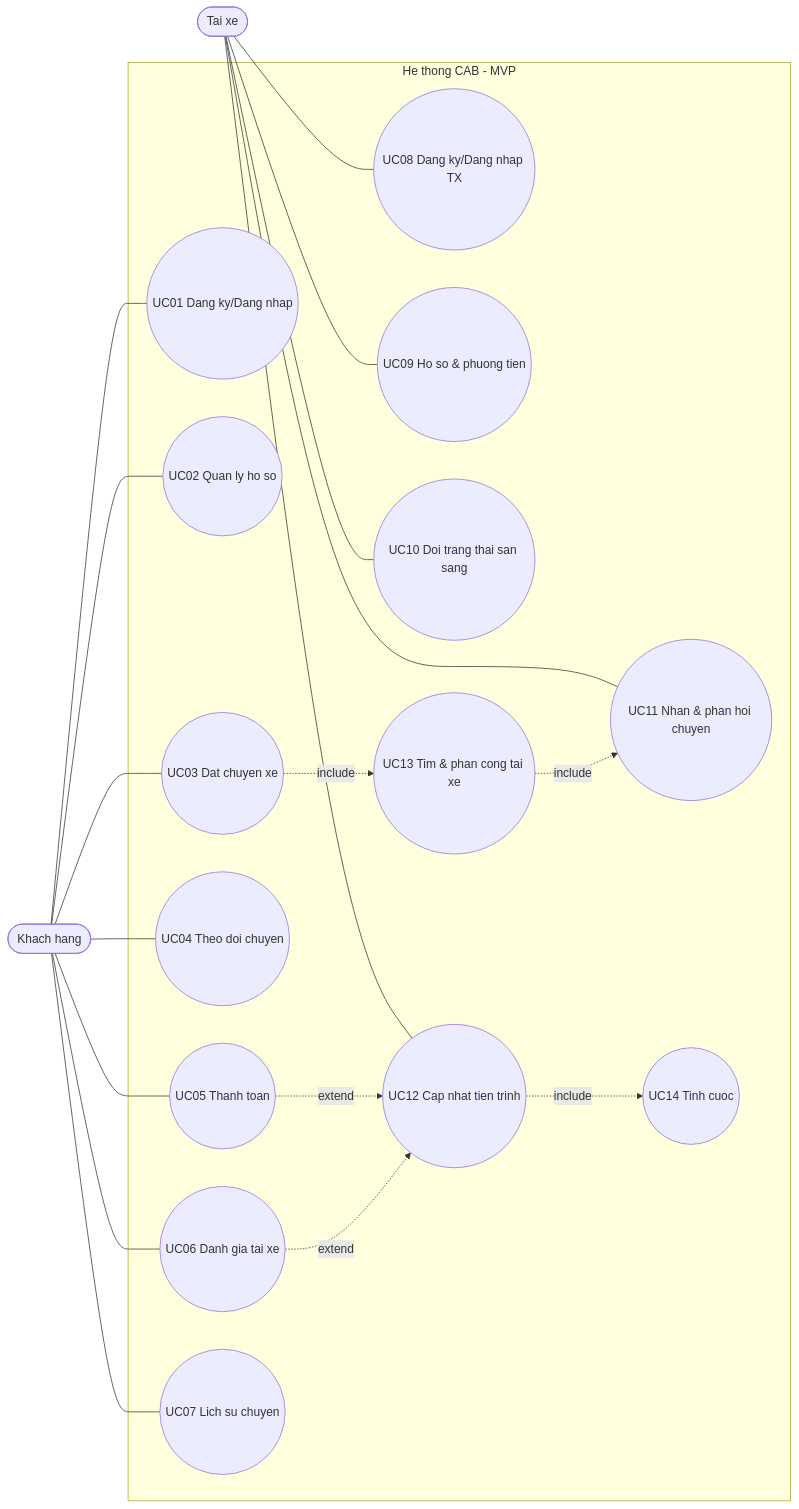
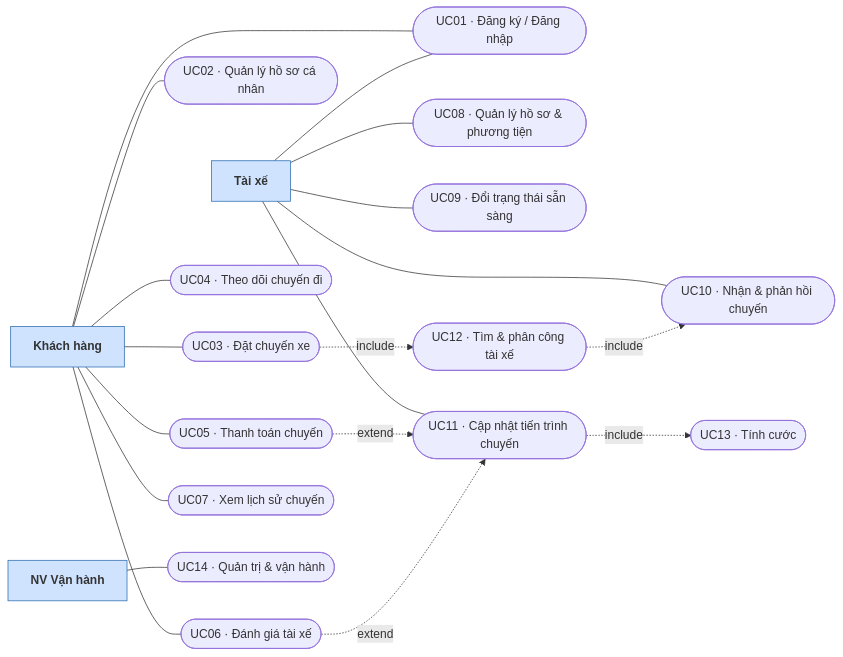
Before and after one commit to Ngoc-Giang/23639971_LamNgocGiang_CABSYSTEM: the third of 3 diagrams in srs.md, drawn with Mermaid. The commit also changed other lines of this file, not shown here.

````diff
--- a/srs.md
+++ b/srs.md
@@ -494,42 +482,45 @@
 ```mermaid
-flowchart LR
-    CUS(["Khach hang"])
-    DRV(["Tai xe"])
+graph LR
+    KH["Khách hàng"]:::actor
+    TX["Tài xế"]:::actor
+    NV["NV Vận hành"]:::actor
 
-    subgraph HT["He thong CAB - MVP"]
-        UC01(("UC01 Dang ky/Dang nhap"))
-        UC02(("UC02 Quan ly ho so"))
-        UC03(("UC03 Dat chuyen xe"))
-        UC04(("UC04 Theo doi chuyen"))
-        UC05(("UC05 Thanh toan"))
-        UC06(("UC06 Danh gia tai xe"))
-        UC07(("UC07 Lich su chuyen"))
-        UC08(("UC08 Dang ky/Dang nhap TX"))
-        UC09(("UC09 Ho so & phuong tien"))
-        UC10(("UC10 Doi trang thai san sang"))
-        UC11(("UC11 Nhan & phan hoi chuyen"))
-        UC12(("UC12 Cap nhat tien trinh"))
-        UC13(("UC13 Tim & phan cong tai xe"))
-        UC14(("UC14 Tinh cuoc"))
-    end
+    UC01(["UC01 · Đăng ký / Đăng nhập"])
+    UC02(["UC02 · Quản lý hồ sơ cá nhân"])
+    UC03(["UC03 · Đặt chuyến xe"])
+    UC04(["UC04 · Theo dõi chuyến đi"])
+    UC05(["UC05 · Thanh toán chuyến"])
+    UC06(["UC06 · Đánh giá tài xế"])
+    UC07(["UC07 · Xem lịch sử chuyến"])
+    UC08(["UC08 · Quản lý hồ sơ & phương tiện"])
+    UC09(["UC09 · Đổi trạng thái sẵn sàng"])
+    UC10(["UC10 · Nhận & phản hồi chuyến"])
+    UC11(["UC11 · Cập nhật tiến trình chuyến"])
+    UC12(["UC12 · Tìm & phân công tài xế"])
+    UC13(["UC13 · Tính cước"])
+    UC14(["UC14 · Quản trị & vận hành"])
 
-    CUS --- UC01
-    CUS --- UC02
-    CUS --- UC03
-    CUS --- UC04
-    CUS --- UC05
-    CUS --- UC06
-    CUS --- UC07
+    KH --- UC01
+    KH --- UC02
+    KH --- UC03
+    KH --- UC04
+    KH --- UC05
+    KH --- UC06
+    KH --- UC07
 
-    DRV --- UC08
-    DRV --- UC09
-    DRV --- UC10
-    DRV --- UC11
-    DRV --- UC12
+    TX --- UC01
+    TX --- UC08
+    TX --- UC09
+    TX --- UC10
+    TX --- UC11
 
-    UC03 -.->|include| UC13
-    UC13 -.->|include| UC11
-    UC12 -.->|include| UC14
-    UC05 -.->|extend| UC12
-    UC06 -.->|extend| UC12
+    NV --- UC14
+
+    UC03 -.->|include| UC12
+    UC12 -.->|include| UC10
+    UC11 -.->|include| UC13
+    UC05 -.->|extend| UC11
+    UC06 -.->|extend| UC11
+
+    classDef actor fill:#cfe3ff,stroke:#2b6cb0,stroke-width:1px,font-weight:bold;
 ```
````
